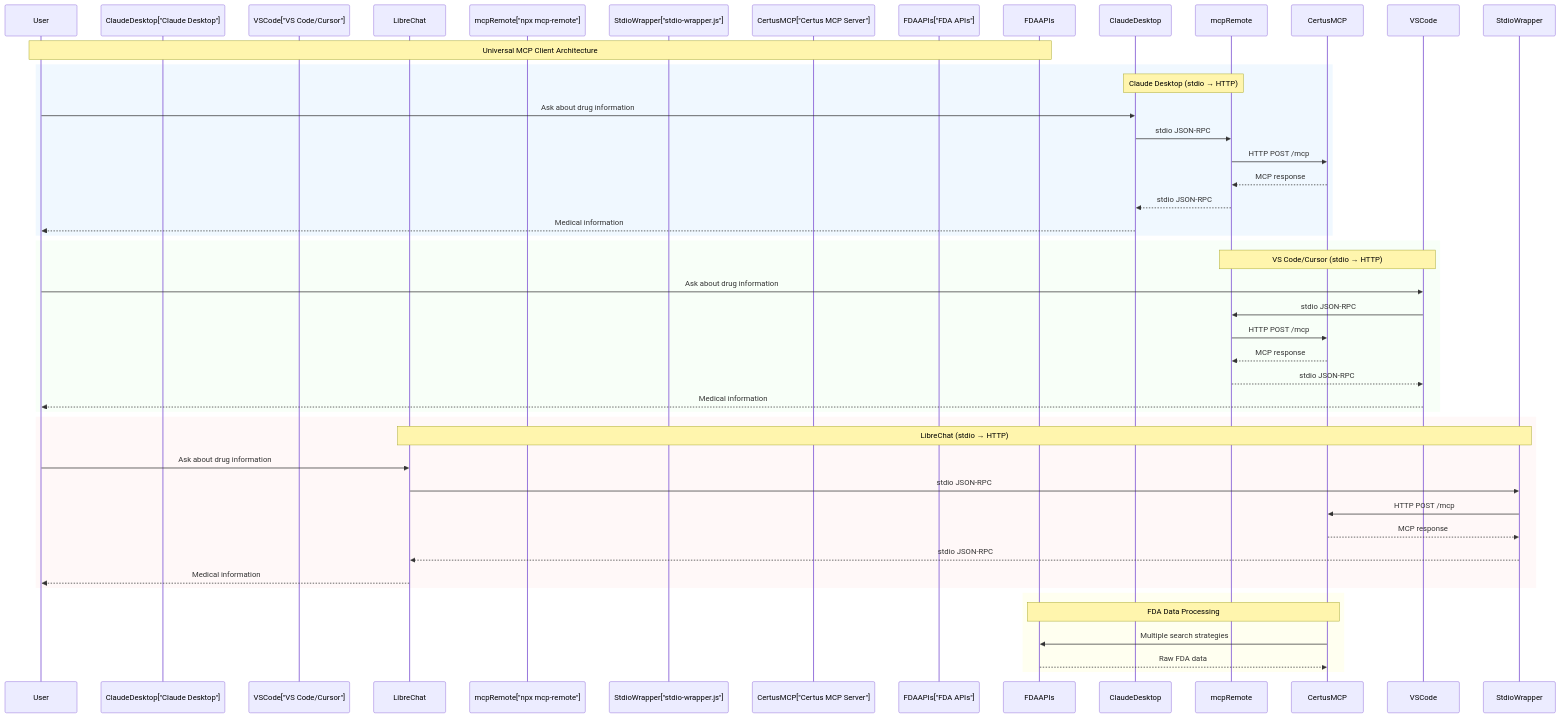
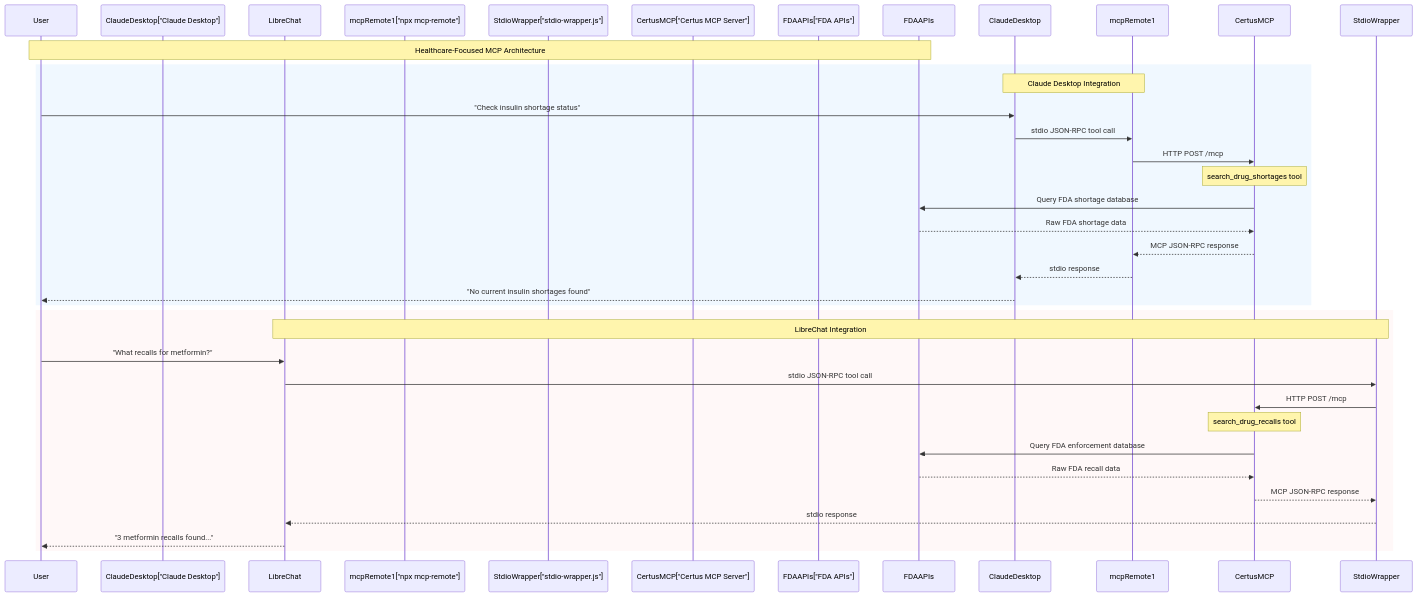
Before and after one commit to zesty-genius128/Certus_server: the diagram in README.md, drawn with Mermaid. The commit also changed other lines of this file, not shown here.

Commit message:
Update architecture diagram and descriptions for MCP
Revised the sequence diagram to focus on healthcare-specific flows, removed VS Code/Cursor integration, and updated frontend and integration layer descriptions to reflect current supported clients. Clarified data flow steps and emphasized regulatory compliance and safety warnings in AI client responses.

````diff
--- a/README.md
+++ b/README.md
@@ -236,53 +236,40 @@
 ```mermaid
 sequenceDiagram
     participant User
     participant ClaudeDesktop["Claude Desktop"]
-    participant VSCode["VS Code/Cursor"]
     participant LibreChat
-    participant mcpRemote["npx mcp-remote"]
+    participant mcpRemote1["npx mcp-remote"]
     participant StdioWrapper["stdio-wrapper.js"]
     participant CertusMCP["Certus MCP Server"]
     participant FDAAPIs["FDA APIs"]
 
-    Note over User,FDAAPIs: Universal MCP Client Architecture
+    Note over User,FDAAPIs: Healthcare-Focused MCP Architecture
 
     %% Claude Desktop Flow
     rect rgb(240, 248, 255)
-        Note over ClaudeDesktop,mcpRemote: Claude Desktop (stdio → HTTP)
-        User->>ClaudeDesktop: Ask about drug information
-        ClaudeDesktop->>mcpRemote: stdio JSON-RPC
-        mcpRemote->>CertusMCP: HTTP POST /mcp
-        CertusMCP-->>mcpRemote: MCP response
-        mcpRemote-->>ClaudeDesktop: stdio JSON-RPC
-        ClaudeDesktop-->>User: Medical information
-    end
-
-    %% VS Code/Cursor Flow
-    rect rgb(248, 255, 248)
-        Note over VSCode,mcpRemote: VS Code/Cursor (stdio → HTTP)
-        User->>VSCode: Ask about drug information
-        VSCode->>mcpRemote: stdio JSON-RPC
-        mcpRemote->>CertusMCP: HTTP POST /mcp
-        CertusMCP-->>mcpRemote: MCP response
-        mcpRemote-->>VSCode: stdio JSON-RPC
-        VSCode-->>User: Medical information
+        Note over ClaudeDesktop,mcpRemote1: Claude Desktop Integration
+        User->>ClaudeDesktop: "Check insulin shortage status"
+        ClaudeDesktop->>mcpRemote1: stdio JSON-RPC tool call
+        mcpRemote1->>CertusMCP: HTTP POST /mcp
+        Note over CertusMCP: search_drug_shortages tool
+        CertusMCP->>FDAAPIs: Query FDA shortage database
+        FDAAPIs-->>CertusMCP: Raw FDA shortage data
+        CertusMCP-->>mcpRemote1: MCP JSON-RPC response
+        mcpRemote1-->>ClaudeDesktop: stdio response
+        ClaudeDesktop-->>User: "No current insulin shortages found"
     end
 
     %% LibreChat Flow
     rect rgb(255, 248, 248)
-        Note over LibreChat,StdioWrapper: LibreChat (stdio → HTTP)
-        User->>LibreChat: Ask about drug information
-        LibreChat->>StdioWrapper: stdio JSON-RPC
+        Note over LibreChat,StdioWrapper: LibreChat Integration
+        User->>LibreChat: "What recalls for metformin?"
+        LibreChat->>StdioWrapper: stdio JSON-RPC tool call
         StdioWrapper->>CertusMCP: HTTP POST /mcp
-        CertusMCP-->>StdioWrapper: MCP response
-        StdioWrapper-->>LibreChat: stdio JSON-RPC
-        LibreChat-->>User: Medical information
-    end
-
-    %% Common Backend Flow
-    rect rgb(255, 255, 240)
-        Note over CertusMCP,FDAAPIs: FDA Data Processing
-        CertusMCP->>FDAAPIs: Multiple search strategies
-        FDAAPIs-->>CertusMCP: Raw FDA data
+        Note over CertusMCP: search_drug_recalls tool
+        CertusMCP->>FDAAPIs: Query FDA enforcement database
+        FDAAPIs-->>CertusMCP: Raw FDA recall data
+        CertusMCP-->>StdioWrapper: MCP JSON-RPC response
+        StdioWrapper-->>LibreChat: stdio response
+        LibreChat-->>User: "3 metformin recalls found..."
     end
 ```
````
